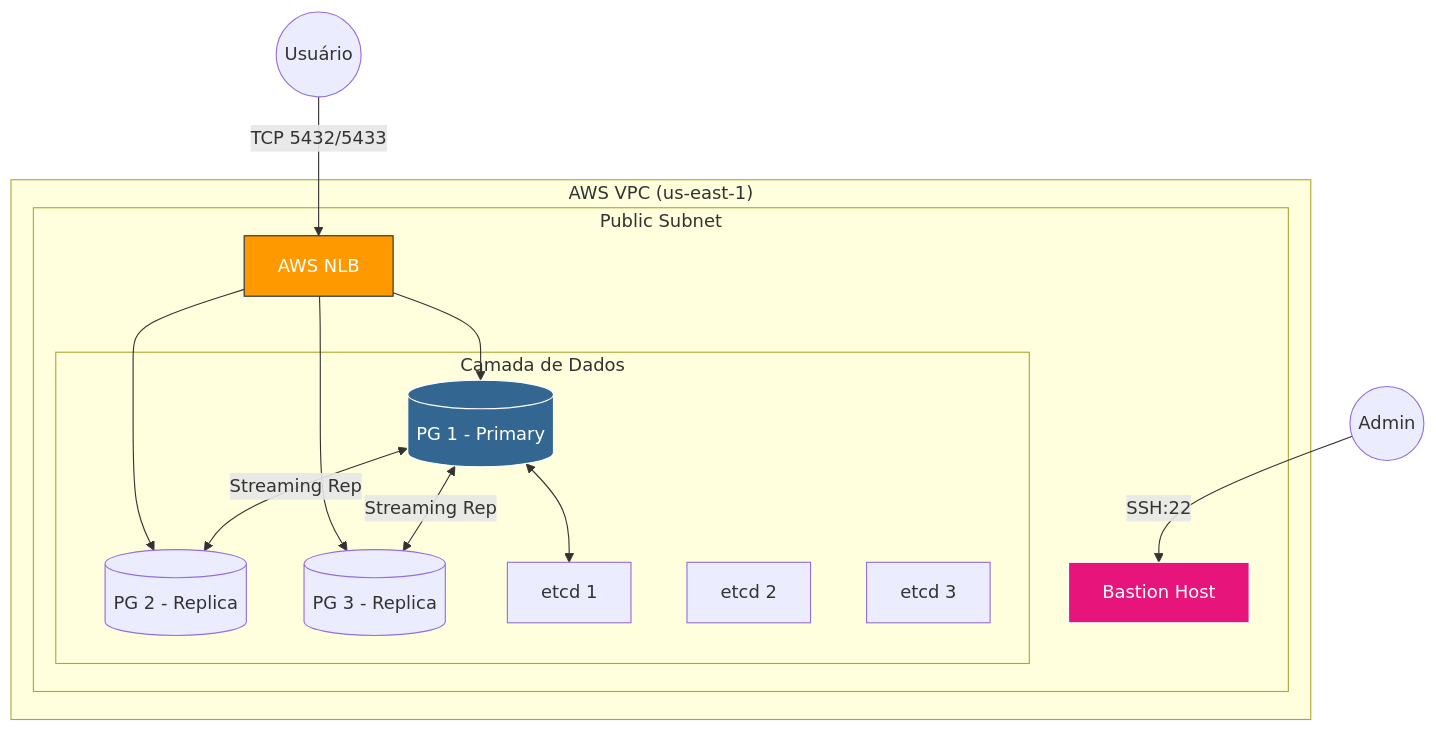
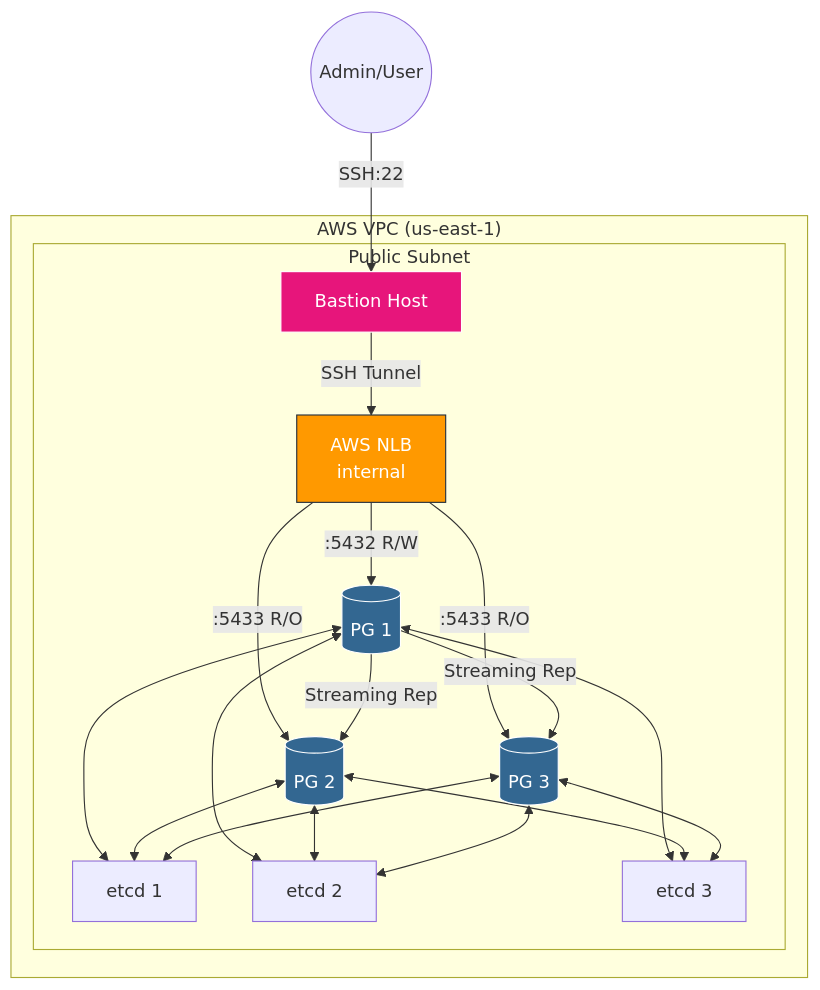
Before and after one commit to jean-souto/postgresql-ha-ec2: the second of 2 diagrams in README.md, drawn with Mermaid. The commit also changed other lines of this file, not shown here.

Commit message:
Fix architecture diagrams to reflect actual infrastructure

````diff
--- a/README.md
+++ b/README.md
@@ -189,32 +192,35 @@
 ```mermaid
 graph TD
-    User((Usuário)) -->|TCP 5432/5433| NLB[AWS NLB]
-    Admin((Admin)) -->|SSH:22| Bastion[Bastion Host]
+    Admin((Admin/User)) -->|SSH:22| Bastion[Bastion Host]
+    Bastion -->|SSH Tunnel| NLB
 
     subgraph AWS_VPC ["AWS VPC (us-east-1)"]
         subgraph Public_Subnet ["Public Subnet"]
             Bastion
-            NLB
+            NLB[AWS NLB<br/>internal]
 
-            subgraph Data_Layer ["Camada de Dados"]
-                PG1[(PG 1 - Primary)]
-                PG2[(PG 2 - Replica)]
-                PG3[(PG 3 - Replica)]
-                ETCD1[etcd 1]
-                ETCD2[etcd 2]
-                ETCD3[etcd 3]
-            end
+            PG1[(PG 1)]
+            PG2[(PG 2)]
+            PG3[(PG 3)]
+
+            ETCD1[etcd 1]
+            ETCD2[etcd 2]
+            ETCD3[etcd 3]
         end
     end
 
-    NLB --> PG1
-    NLB --> PG2
-    NLB --> PG3
-    PG1 <--> ETCD1
-    PG1 <-->|Streaming Rep| PG2
-    PG1 <-->|Streaming Rep| PG3
+    NLB -->|:5432 R/W| PG1
+    NLB -->|:5433 R/O| PG2
+    NLB -->|:5433 R/O| PG3
+
+    PG1 -->|Streaming Rep| PG2
+    PG1 -->|Streaming Rep| PG3
+
+    PG1 & PG2 & PG3 <--> ETCD1 & ETCD2 & ETCD3
 
     style NLB fill:#ff9900,stroke:#232f3e,color:white
     style PG1 fill:#336791,stroke:#fff,color:white
+    style PG2 fill:#336791,stroke:#fff,color:white
+    style PG3 fill:#336791,stroke:#fff,color:white
     style Bastion fill:#e7157b,stroke:#fff,color:white
 ```
````
